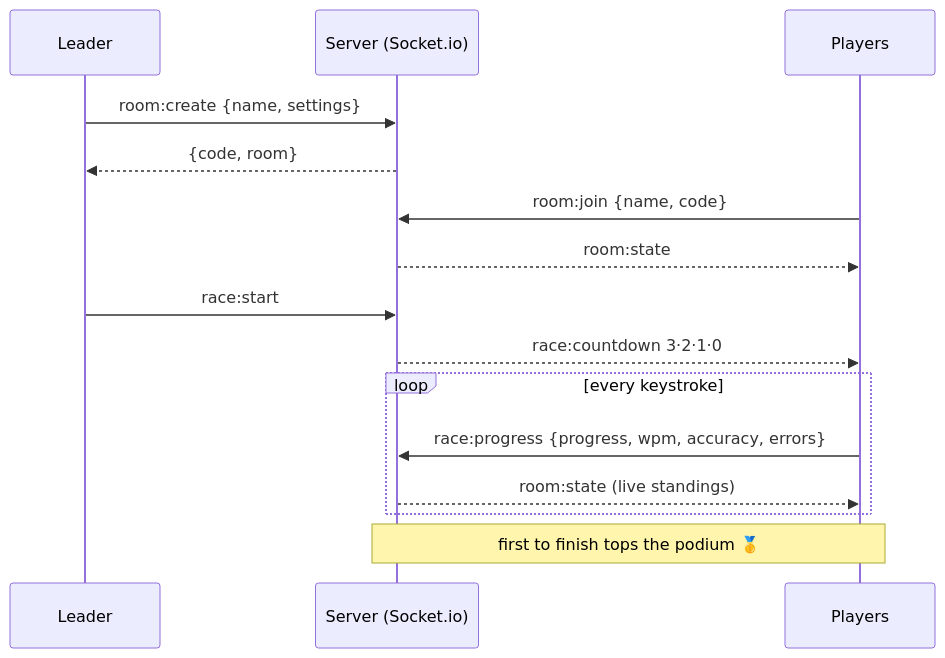
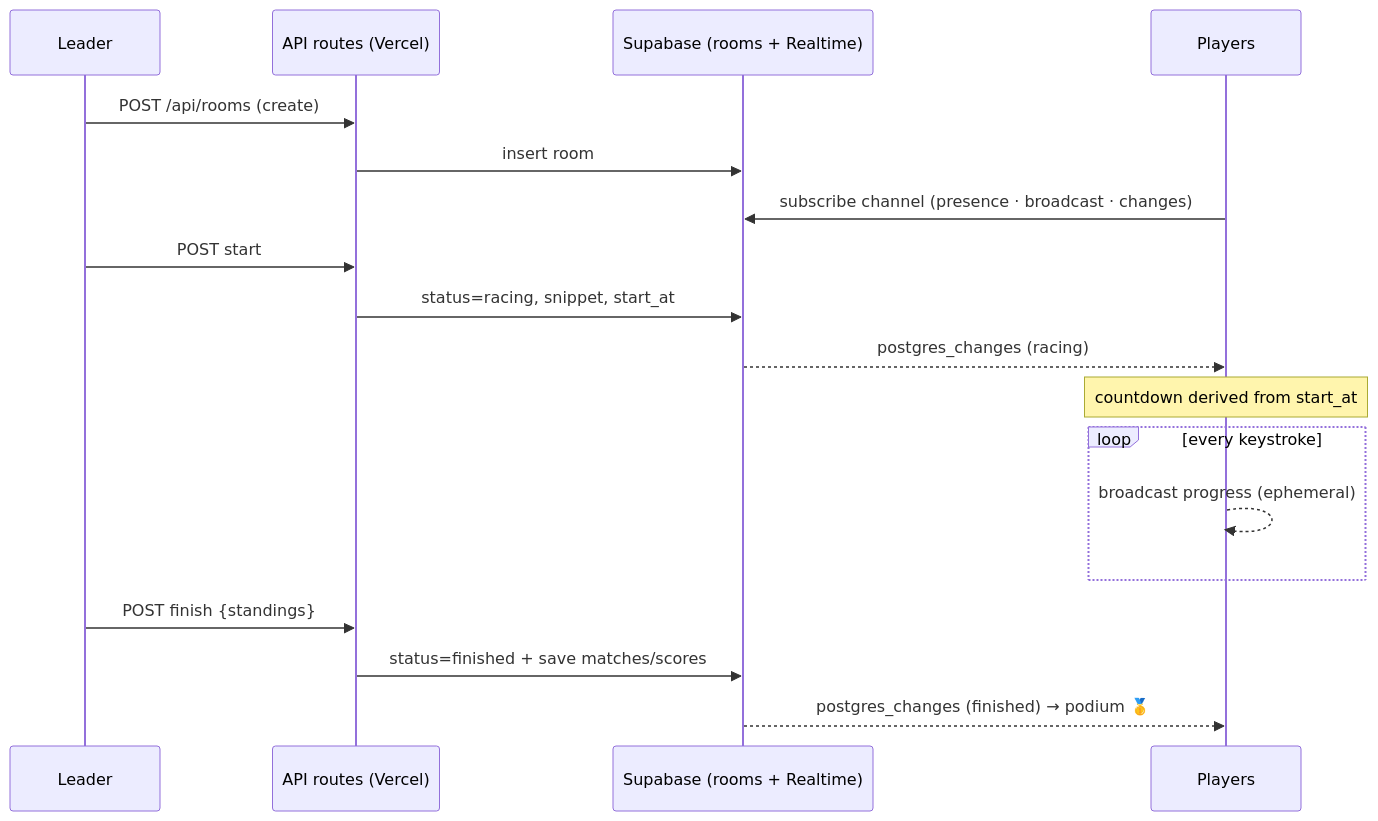
The second of 2 diagrams in README.md (caioross/CodeRacer), drawn with Mermaid before and after one commit. The commit also changed other lines of this file and 24 other files, not shown here.

First line of the commit message:
Migrate from Socket.io to Supabase Realtime

````diff
--- a/README.md
+++ b/README.md
@@ -372,17 +383,20 @@
 ```mermaid
 sequenceDiagram
     participant L as Leader
-    participant S as Server (Socket.io)
+    participant API as API routes (Vercel)
+    participant DB as Supabase (rooms + Realtime)
     participant P as Players
-    L->>S: room:create {name, settings}
-    S-->>L: {code, room}
-    P->>S: room:join {name, code}
-    S-->>P: room:state
-    L->>S: race:start
-    S-->>P: race:countdown 3·2·1·0
+    L->>API: POST /api/rooms (create)
+    API->>DB: insert room
+    P->>DB: subscribe channel (presence · broadcast · changes)
+    L->>API: POST start
+    API->>DB: status=racing, snippet, start_at
+    DB-->>P: postgres_changes (racing)
+    Note over P: countdown derived from start_at
     loop every keystroke
-        P->>S: race:progress {progress, wpm, accuracy, errors}
-        S-->>P: room:state (live standings)
+        P-->>P: broadcast progress (ephemeral)
     end
-    Note over S,P: first to finish tops the podium 🥇
+    L->>API: POST finish {standings}
+    API->>DB: status=finished + save matches/scores
+    DB-->>P: postgres_changes (finished) → podium 🥇
 ```
````
